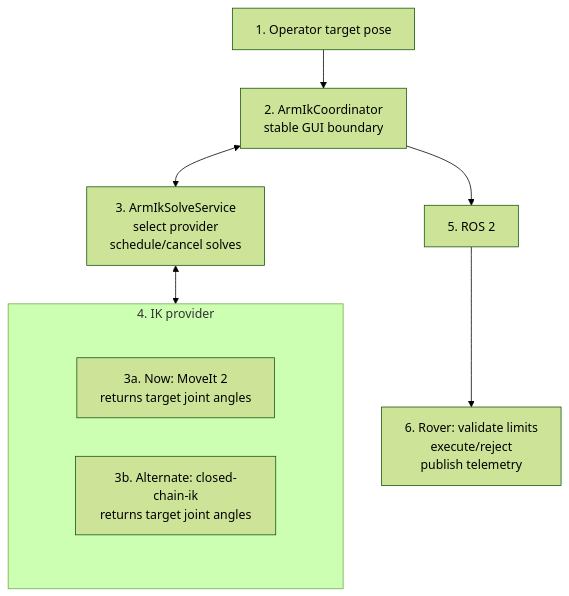
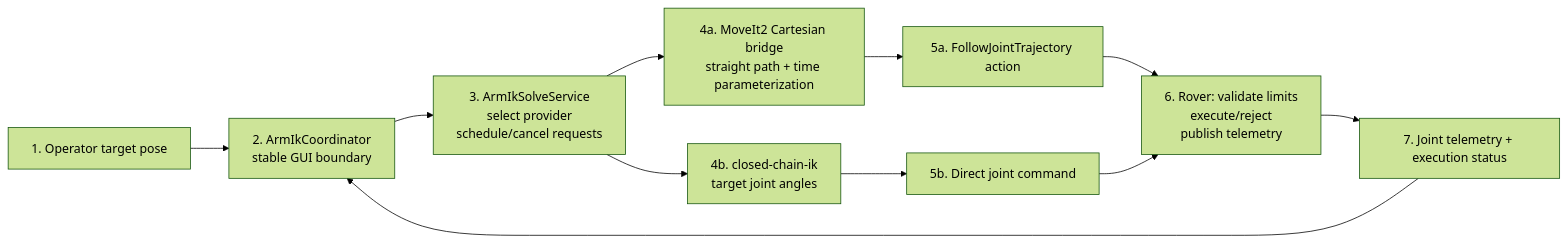
Before and after one commit to deakin-robotics/Chasmata-2027: the diagram in gui/docs/arm-ik.md, drawn with Mermaid (forest theme). The commit also changed other lines of this file and 21 other files, not shown here.

Commit message:
Implement Cartesian trajectory execution

````diff
--- a/gui/docs/arm-ik.md
+++ b/gui/docs/arm-ik.md
@@ -17,24 +16,17 @@
 ```mermaid
-flowchart TD
+flowchart LR
     target[1. Operator target pose]
     coordinator[2. ArmIkCoordinator<br/>stable GUI boundary]
-    solveService[3. ArmIkSolveService<br/>select provider<br/>schedule/cancel solves]
-    ros[5. ROS 2]
+    solveService[3. ArmIkSolveService<br/>select provider<br/>schedule/cancel requests]
+    moveit[4a. MoveIt2 Cartesian bridge<br/>straight path + time parameterization]
+    action[5a. FollowJointTrajectory action]
+    local[4b. closed-chain-ik<br/>target joint angles]
+    direct[5b. Direct joint command]
     rover[6. Rover: validate limits<br/>execute/reject<br/>publish telemetry]
+    telemetry[7. Joint telemetry + execution status]
 
-    subgraph solverBox[4. IK provider]
-        subgraph solverOptions[ ]
-            direction LR
-            current[3a. Now: MoveIt 2<br/>returns target joint angles]
-            future[3b. Alternate: closed-chain-ik<br/>returns target joint angles]
-        end
-    end
-
-    target --> coordinator
-    coordinator <--> solveService
-    solveService <--> solverBox
-    coordinator --> ros
-    ros --> rover
-
-    style solverOptions fill:transparent,stroke:transparent,color:transparent
+    target --> coordinator --> solveService
+    solveService --> moveit --> action --> rover
+    solveService --> local --> direct --> rover
+    rover --> telemetry --> coordinator
 ```
````
